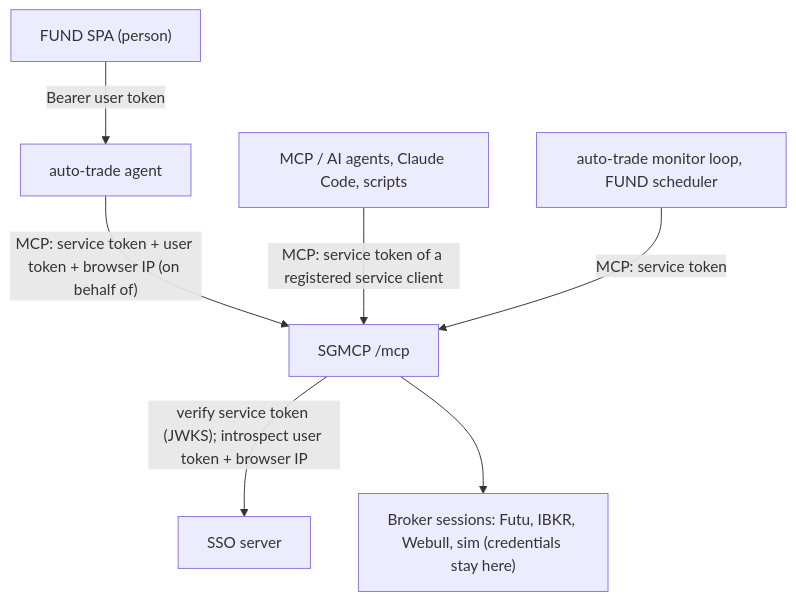
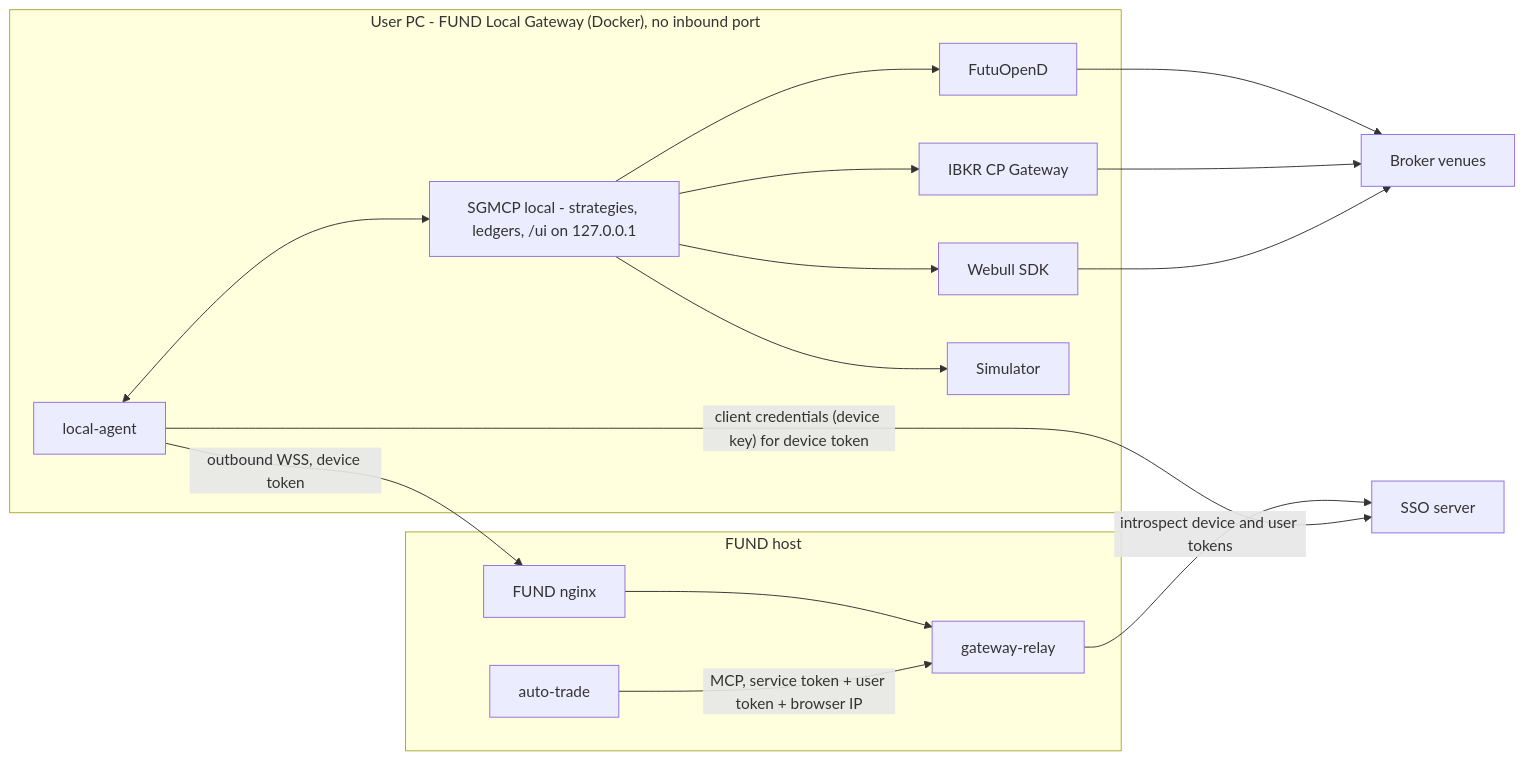
One commit to Neural-Matrix-LLC/SSO-server changed the sixth of 16 diagrams in docs/ECOSYSTEM-INTEGRATION.md. Above: the diagram before and after it, drawn with Mermaid. The commit also changed other lines of this file and 4 other files, not shown here.

````diff
--- a/docs/ECOSYSTEM-INTEGRATION.md
+++ b/docs/ECOSYSTEM-INTEGRATION.md
@@ -336,9 +351,25 @@
 ```mermaid
-flowchart TB
-  SPA["FUND SPA (person)"] -- "Bearer user token" --> AT["auto-trade agent"]
-  AT -- "MCP: service token + user token + browser IP (on behalf of)" --> GW["SGMCP /mcp"]
-  MCPC["MCP / AI agents, Claude Code, scripts"] -- "MCP: service token of a registered service client" --> GW
-  SCHED["auto-trade monitor loop, FUND scheduler"] -- "MCP: service token" --> GW
-  GW -- "verify service token (JWKS); introspect user token + browser IP" --> SSO["SSO server"]
-  GW --> BRK["Broker sessions: Futu, IBKR, Webull, sim (credentials stay here)"]
+flowchart LR
+  subgraph PC["User PC - FUND Local Gateway (Docker), no inbound port"]
+    LA["local-agent"]
+    LSG["SGMCP local - strategies, ledgers, /ui on 127.0.0.1"]
+    FUTU["FutuOpenD"]
+    IBKR["IBKR CP Gateway"]
+    WB["Webull SDK"]
+    SIM["Simulator"]
+    LA <--> LSG
+    LSG --> FUTU & IBKR & WB & SIM
+  end
+  subgraph FUNDH["FUND host"]
+    NG["FUND nginx"]
+    RL["gateway-relay"]
+    AT["auto-trade"]
+  end
+  SSO["SSO server"]
+  BRX["Broker venues"]
+  LA -- "outbound WSS, device token" --> NG --> RL
+  AT -- "MCP, service token + user token + browser IP" --> RL
+  RL -- "introspect device and user tokens" --> SSO
+  LA -- "client credentials (device key) for device token" --> SSO
+  FUTU & IBKR & WB --> BRX
 ```
````
